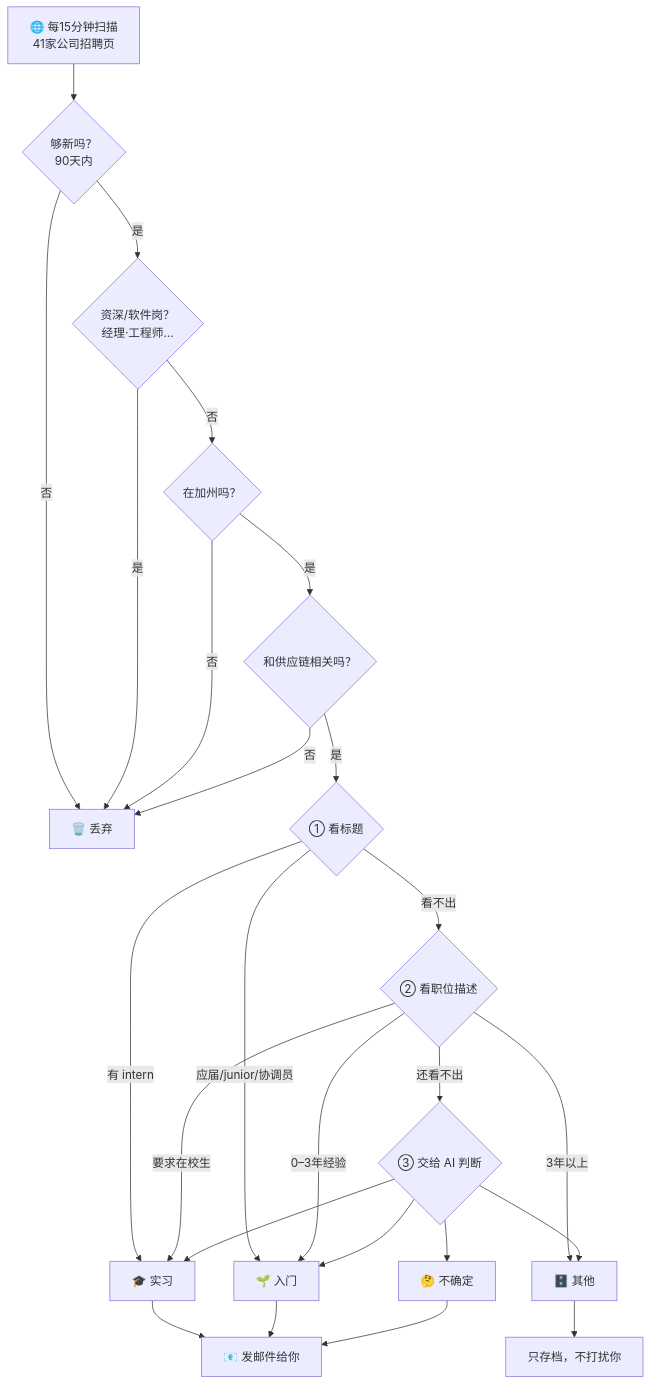
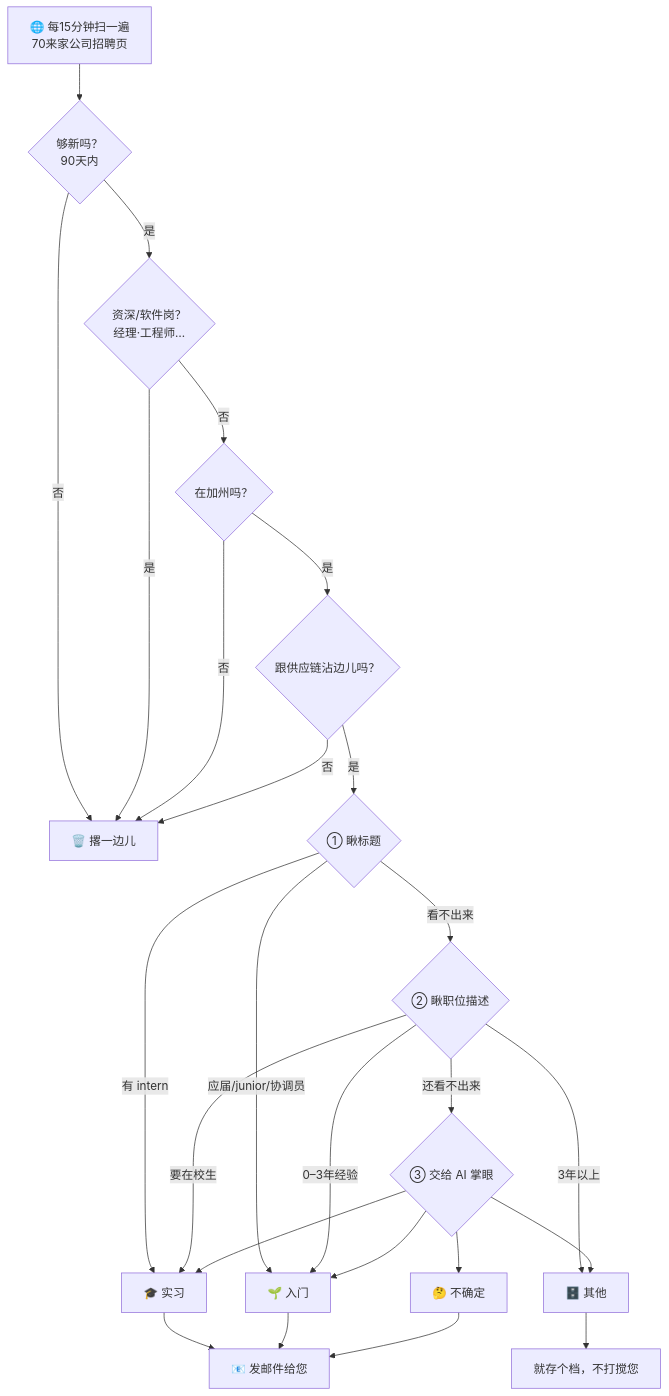
One commit to jy732/scm-job-notifier changed the diagram in README.zh-CN.md. Above: the diagram before and after it, drawn with Mermaid. The commit also changed other lines of this file and 3 other files, not shown here.

````diff
--- a/README.zh-CN.md
+++ b/README.zh-CN.md
@@ -79,27 +79,27 @@
 ```mermaid
 flowchart TD
-    A["🌐 每15分钟扫描<br/>41家公司招聘页"] --> B{"够新吗？<br/>90天内"}
-    B -- "否" --> X["🗑️ 丢弃"]
+    A["🌐 每15分钟扫一遍<br/>70来家公司招聘页"] --> B{"够新吗？<br/>90天内"}
+    B -- "否" --> X["🗑️ 撂一边儿"]
     B -- "是" --> C{"资深/软件岗？<br/>经理·工程师…"}
     C -- "是" --> X
     C -- "否" --> D{"在加州吗？"}
     D -- "否" --> X
-    D -- "是" --> E{"和供应链相关吗？"}
+    D -- "是" --> E{"跟供应链沾边儿吗？"}
     E -- "否" --> X
-    E -- "是" --> F{"① 看标题"}
+    E -- "是" --> F{"① 瞅标题"}
     F -- "有 intern" --> R1["🎓 实习"]
     F -- "应届/junior/协调员" --> R2["🌱 入门"]
-    F -- "看不出" --> G{"② 看职位描述"}
-    G -- "要求在校生" --> R1
+    F -- "看不出来" --> G{"② 瞅职位描述"}
+    G -- "要在校生" --> R1
     G -- "0–3年经验" --> R2
     G -- "3年以上" --> R4["🗄️ 其他"]
-    G -- "还看不出" --> H{"③ 交给 AI 判断"}
+    G -- "还看不出来" --> H{"③ 交给 AI 掌眼"}
     H --> R1
     H --> R2
     H --> R3["🤔 不确定"]
     H --> R4
-    R1 --> M["📧 发邮件给你"]
+    R1 --> M["📧 发邮件给您"]
     R2 --> M
     R3 --> M
-    R4 --> S["只存档，不打扰你"]
+    R4 --> S["就存个档，不打搅您"]
 ```
````
